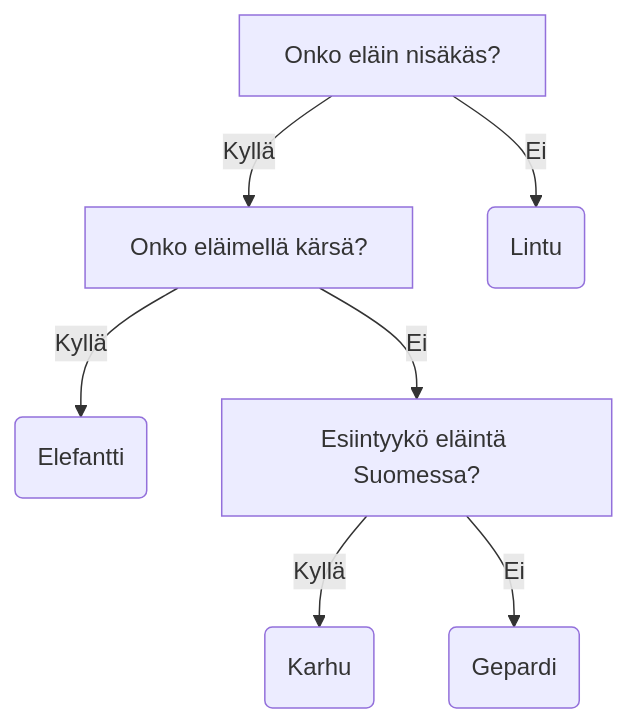
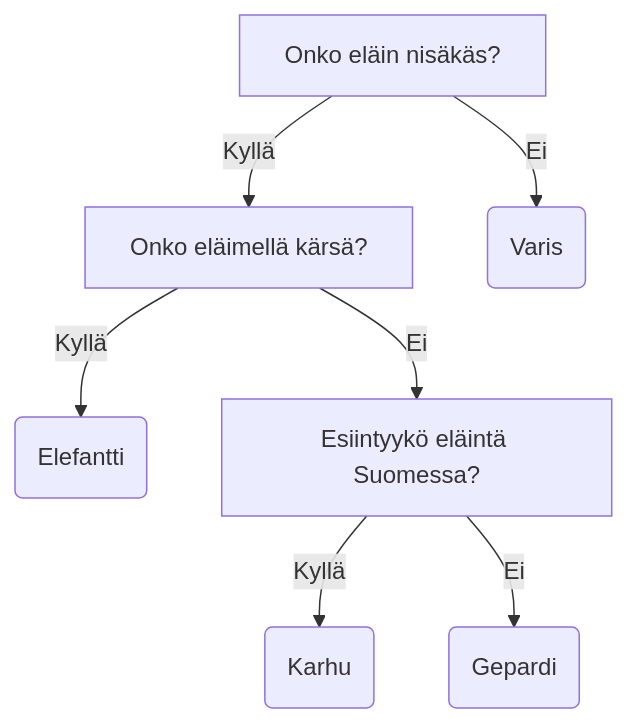
One commit to sourander/ml-perusteet changed the diagram in docs/algoritmit/puut/intuitio.md. Above: the diagram before and after it, drawn with Mermaid. The commit also changed other lines of this file, not shown here.

Commit message:
Fixed animal set

````diff
--- a/docs/algoritmit/puut/intuitio.md
+++ b/docs/algoritmit/puut/intuitio.md
@@ -5,9 +5,9 @@
 ```mermaid
 graph TD
     A[Onko eläin nisäkäs?] -->|Kyllä| B[Onko eläimellä kärsä?]
-    A -->|Ei| C(Lintu)
+    A -->|Ei| C(Varis)
     B -->|Kyllä| D(Elefantti)
     B -->|Ei| E[Esiintyykö eläintä Suomessa?]
     E -->|Kyllä| I(Karhu)
     E -->|Ei| H(Gepardi)
 ```
````
